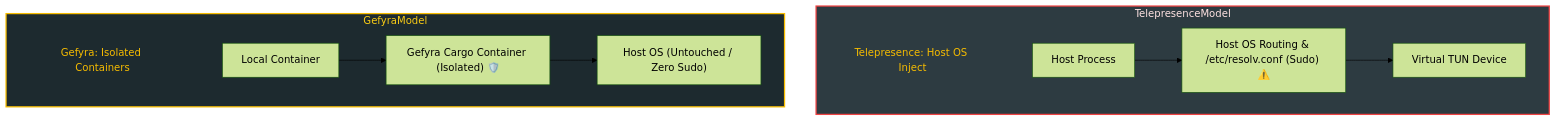
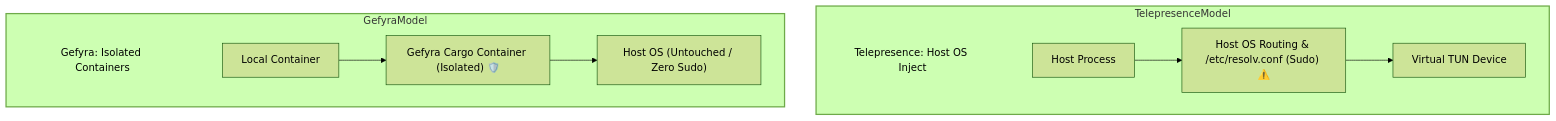
One commit to gefyrahq/gefyra changed the diagram in gefyra-docs/content/en/7.comparisons/1.gefyra-vs-telepresence.md. Above: the diagram before and after it, drawn with Mermaid (forest theme). The commit also changed 12 other files, not shown here.

Commit message:
feat(#MARKETING-1226): update theme and styling for Mermaid diagrams across documentation

````diff
--- a/gefyra-docs/content/en/7.comparisons/1.gefyra-vs-telepresence.md
+++ b/gefyra-docs/content/en/7.comparisons/1.gefyra-vs-telepresence.md
@@ -36,23 +36,23 @@
 ```mermaid
 flowchart TD
     subgraph TelepresenceModel
         direction LR
         TeleTitle[["Telepresence: Host OS Inject"]] ~~~ HostApp["Host Process"]
         HostApp --> HostNet["Host OS Routing & /etc/resolv.conf (Sudo) ⚠️"]
         HostNet --> TUN["Virtual TUN Device"]
     end
 
     subgraph GefyraModel
         direction LR
         GefyraTitle[["Gefyra: Isolated Containers"]] ~~~ AppContainer["Local Container"]
         AppContainer --> CargoContainer["Gefyra Cargo Container (Isolated) 🛡️"]
         CargoContainer --> HostClean["Host OS (Untouched / Zero Sudo)"]
     end
 
-    classDef groupTitle fill:transparent,stroke:none,color:#f6bc00;
-    classDef danger fill:#2d3b41,stroke:#ef4444,stroke-width:2px,color:#fee2e2;
-    classDef safe fill:#1d2a2f,stroke:#f6bc00,stroke-width:2px,color:#facc15;
+    classDef groupTitle fill:transparent,stroke:none;
+    classDef danger stroke-width:2px;
+    classDef safe stroke-width:2px;
     class TeleTitle,GefyraTitle groupTitle;
     class TelepresenceModel danger;
     class GefyraModel safe;
 ```
````
